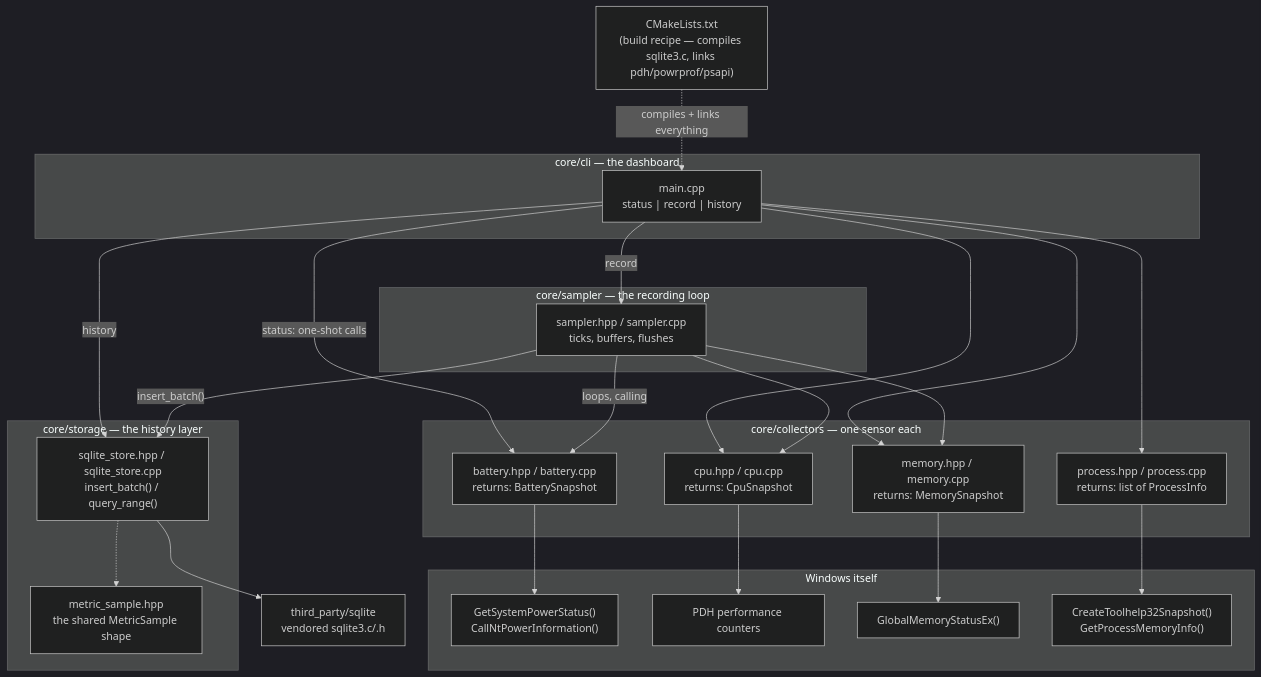
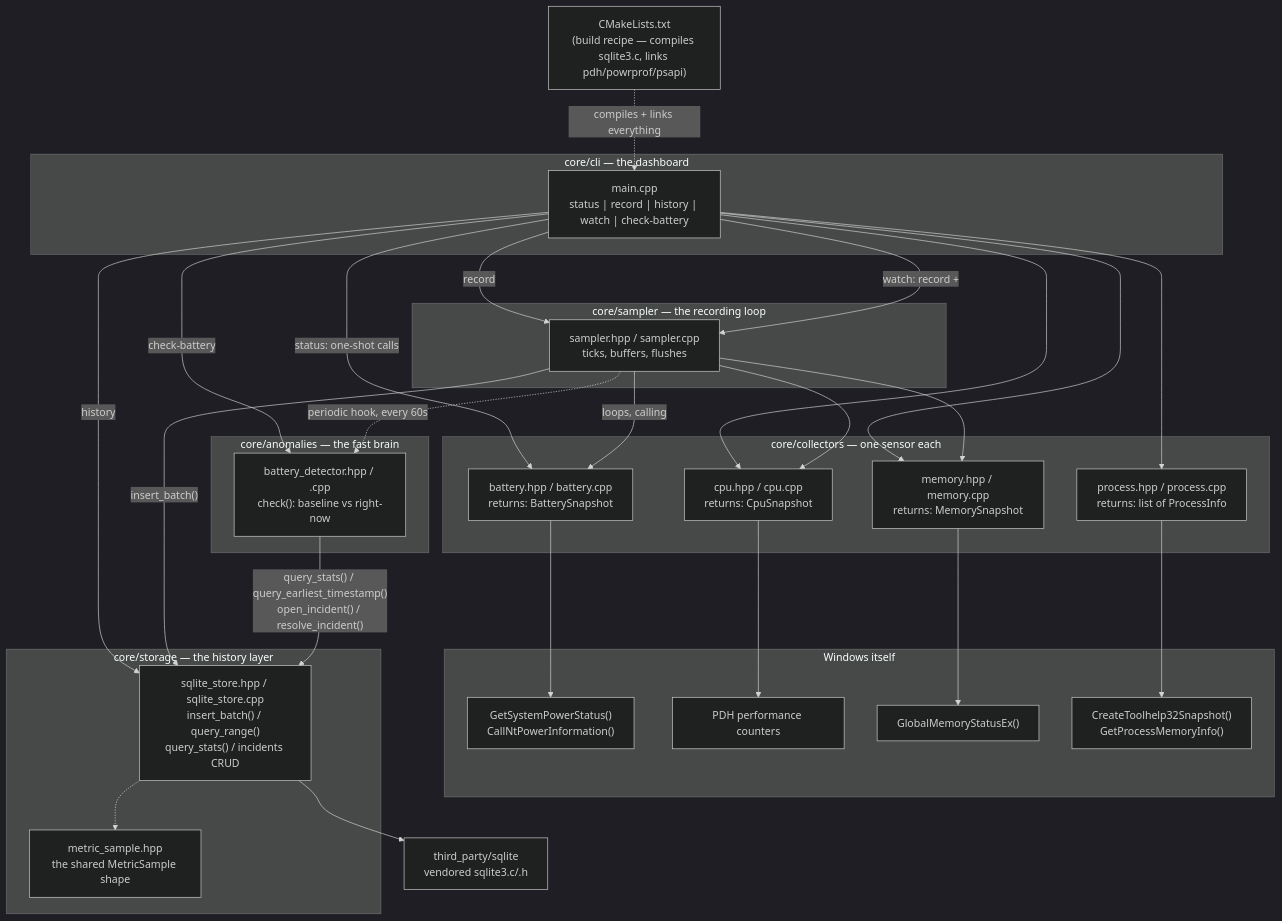
One commit to HarshdeepJ/System-Intelligence changed the diagram in README.md. Above: the diagram before and after it, drawn with Mermaid (dark theme). The commit also changed other lines of this file and 8 other files, not shown here.

First line of the commit message:
Add Phase 3: battery-drain anomaly detection

````diff
--- a/README.md
+++ b/README.md
@@ -53,54 +70,63 @@
 ```mermaid
 flowchart TD
     subgraph CLI["core/cli — the dashboard"]
-        MAIN["main.cpp<br/>status | record | history"]
+        MAIN["main.cpp<br/>status | record | history | watch | check-battery"]
     end
 
     subgraph COLLECTORS["core/collectors — one sensor each"]
         BAT["battery.hpp / battery.cpp<br/>returns: BatterySnapshot"]
         CPU["cpu.hpp / cpu.cpp<br/>returns: CpuSnapshot"]
         MEM["memory.hpp / memory.cpp<br/>returns: MemorySnapshot"]
         PROC["process.hpp / process.cpp<br/>returns: list of ProcessInfo"]
     end
 
     subgraph WINAPI["Windows itself"]
         W1["GetSystemPowerStatus()<br/>CallNtPowerInformation()"]
         W2["PDH performance counters"]
         W3["GlobalMemoryStatusEx()"]
         W4["CreateToolhelp32Snapshot()<br/>GetProcessMemoryInfo()"]
     end
 
     subgraph SAMPLER["core/sampler — the recording loop"]
         SAMP["sampler.hpp / sampler.cpp<br/>ticks, buffers, flushes"]
     end
 
     subgraph STORAGE["core/storage — the history layer"]
         SAMPLE["metric_sample.hpp<br/>the shared MetricSample shape"]
-        STORE["sqlite_store.hpp / sqlite_store.cpp<br/>insert_batch() / query_range()"]
+        STORE["sqlite_store.hpp / sqlite_store.cpp<br/>insert_batch() / query_range()<br/>query_stats() / incidents CRUD"]
+    end
+
+    subgraph ANOMALY["core/anomalies — the fast brain"]
+        DETECT["battery_detector.hpp / .cpp<br/>check(): baseline vs right-now"]
     end
 
     SQLITE["third_party/sqlite<br/>vendored sqlite3.c/.h"]
 
     MAIN -->|"status: one-shot calls"| BAT
     MAIN --> CPU
     MAIN --> MEM
     MAIN --> PROC
 
     MAIN -->|"record"| SAMP
     MAIN -->|"history"| STORE
+    MAIN -->|"check-battery"| DETECT
+    MAIN -->|"watch: record +"| SAMP
 
     SAMP -->|"loops, calling"| BAT
     SAMP --> CPU
     SAMP --> MEM
     SAMP -->|"insert_batch()"| STORE
+    SAMP -.->|"periodic hook, every 60s"| DETECT
 
     BAT --> W1
     CPU --> W2
     MEM --> W3
     PROC --> W4
 
+    DETECT -->|"query_stats() / query_earliest_timestamp()<br/>open_incident() / resolve_incident()"| STORE
+
     STORE --> SQLITE
     STORE -.-> SAMPLE
 
     BUILD["CMakeLists.txt<br/>(build recipe — compiles sqlite3.c, links pdh/powrprof/psapi)"] -.->|compiles + links everything| MAIN
 ```
````
